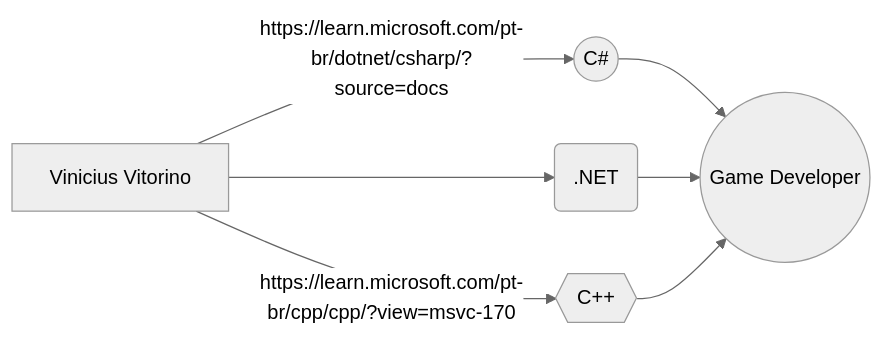
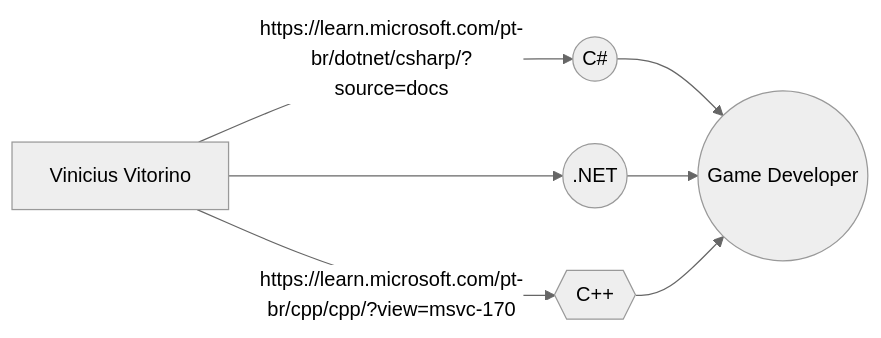
One commit to ViniciusVitorinoSantos/EstudosCS changed the diagram in README.md. Above: the diagram before and after it, drawn with Mermaid (neutral theme).

````diff
--- a/README.md
+++ b/README.md
@@ -4,9 +4,9 @@
 ```mermaid
 graph LR
 A[Vinicius Vitorino] -- https://learn.microsoft.com/pt-br/dotnet/csharp/?source=docs --> B((C#))
-A --> C(.NET)
+A --> C((.NET))
 A -- https://learn.microsoft.com/pt-br/cpp/cpp/?view=msvc-170 --> E{{C++}}
 B --> D((Game Developer))
 C --> D
 E --> D
 ```
````
